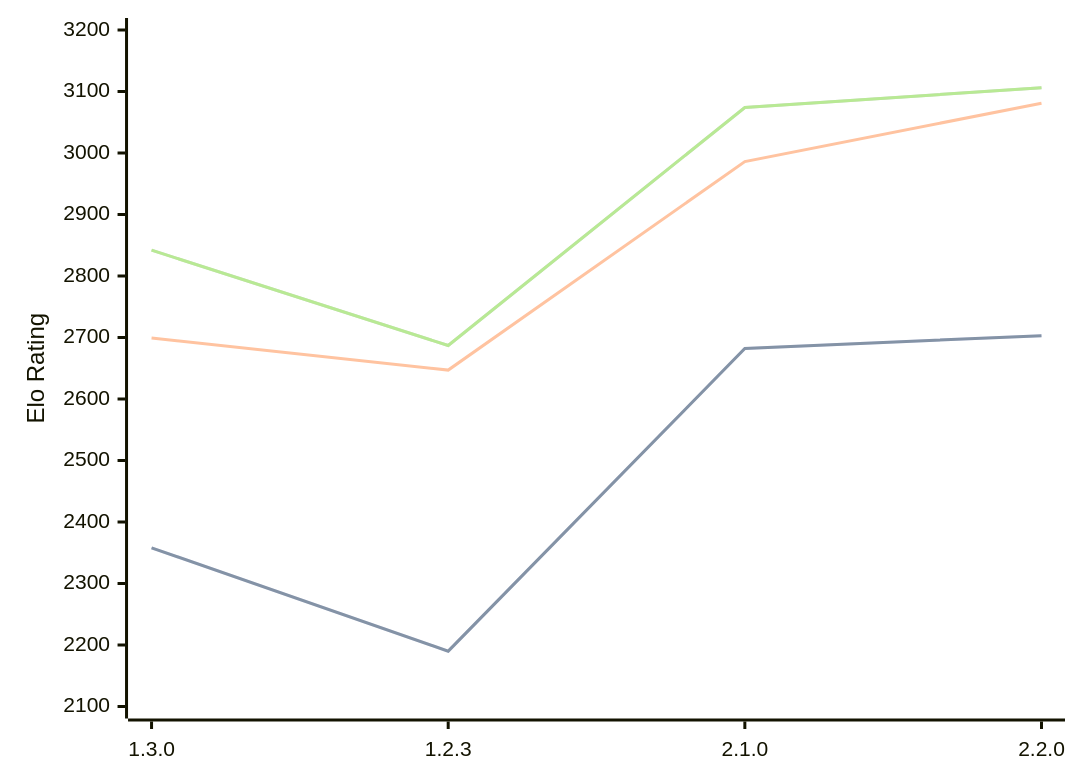
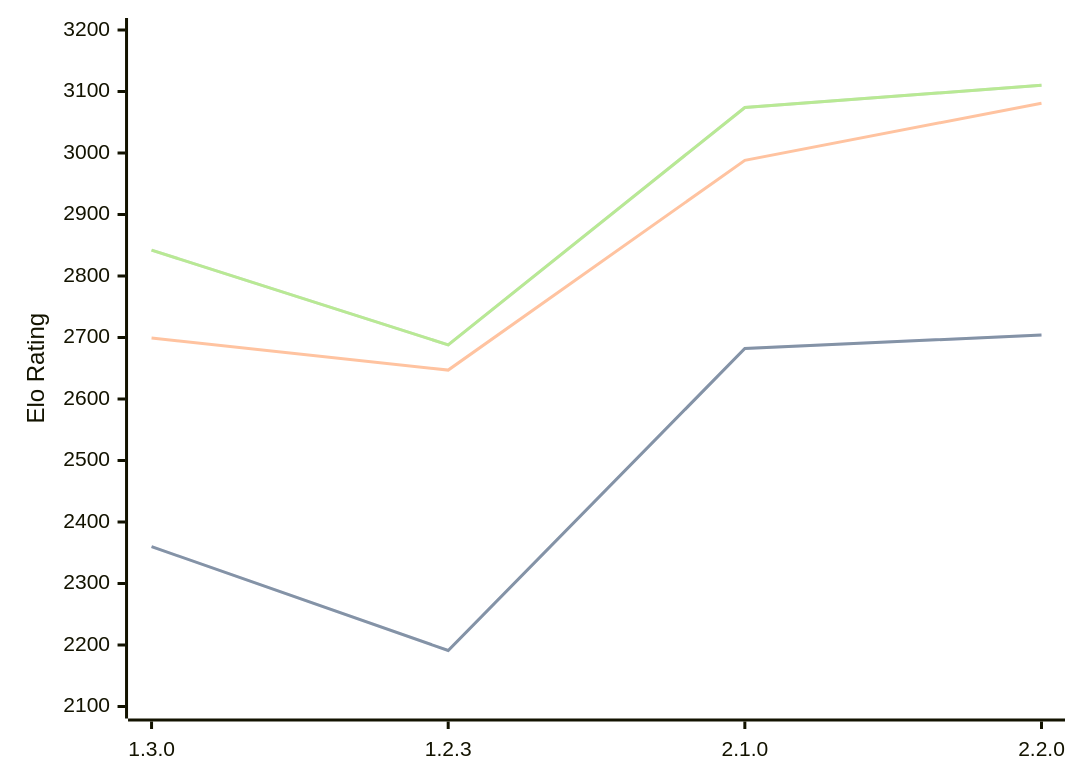
The diagram in engines/Aspen.md (computer-chess-index/cci), drawn with Mermaid before and after one commit. The commit also changed other lines of this file, not shown here.

Commit message:
Update CCI Ratings (ELO VLTC) - 2026-08-27

````diff
--- a/engines/Aspen.md
+++ b/engines/Aspen.md
@@ -43,11 +43,11 @@
 ```mermaid
 %%{init: {"theme":"base","themeVariables":{"seriesColors:['#a3a3a3','#222221','#faa371']}}}%%
 xychart-beta
   x-axis ["1.3.0", "1.2.3", "2.1.0", "2.2.0"]
   y-axis "Elo Rating" 2100 --> 3200
-  line "STC (8.0+0.08s)" [2358, 2190, 2682, 2703]
-  line "STC (8.0+0.08s)" [2358, 2190, 2682, 2703]
-  line "LTC (60.0+0.60s)" [2699, 2647, 2986, 3081]
-  line "VLTC (2m24s+1.12s)" [2842, 2687, 3074, 3106]
-  line "VLTC (2m24s+1.12s)" [2842, 2687, 3074, 3106]
+  line "STC (8.0+0.08s)" [2360, 2191, 2682, 2704]
+  line "STC (8.0+0.08s)" [2360, 2191, 2682, 2704]
+  line "LTC (60.0+0.60s)" [2699, 2647, 2988, 3081]
+  line "VLTC (2m24s+1.12s)" [2842, 2688, 3074, 3110]
+  line "VLTC (2m24s+1.12s)" [2842, 2688, 3074, 3110]
 ```
````
